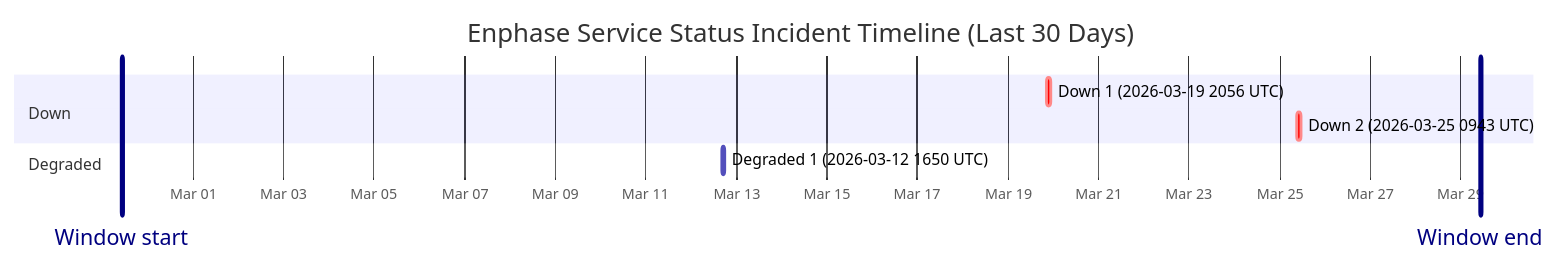
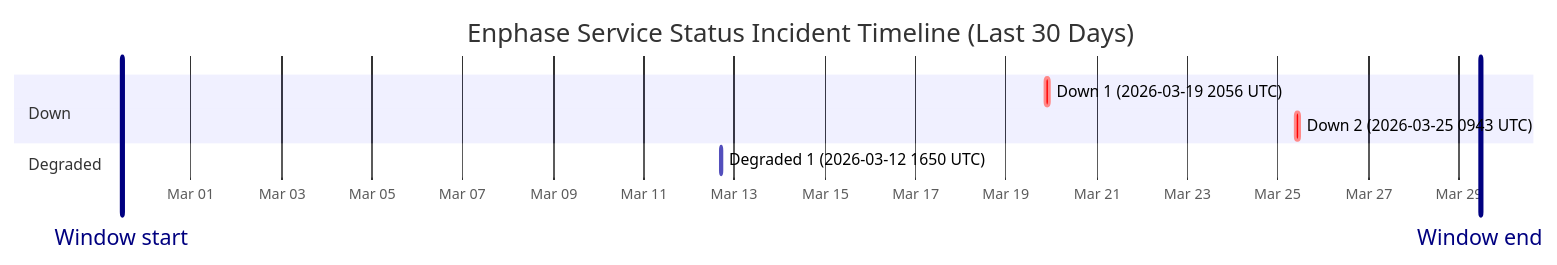
Before and after one commit to barneyonline/ha-enphase-ev-charger: the diagram in wiki/Service-Status-History.md, drawn with Mermaid. The commit also changed other lines of this file and 3 other files, not shown here.

````diff
--- a/wiki/Service-Status-History.md
+++ b/wiki/Service-Status-History.md
@@ -14,13 +14,13 @@
 ```mermaid
 gantt
     title Enphase Service Status Incident Timeline (Last 30 Days)
     dateFormat  YYYY-MM-DDTHH:mm:ss
     axisFormat  %b %d
-    Window start :vert, window-start, 2026-02-27T10:23:08, 0ms
-    Window end :vert, window-end, 2026-03-29T10:23:08, 0ms
+    Window start :vert, window-start, 2026-02-27T11:20:56, 0ms
+    Window end :vert, window-end, 2026-03-29T11:20:56, 0ms
     section Down
     Down 1 (2026-03-19 2056 UTC) :crit, down-1, 2026-03-19T20:56:20, 145m
     Down 2 (2026-03-25 0943 UTC) :crit, down-2, 2026-03-25T09:43:28, 111m
     section Degraded
     Degraded 1 (2026-03-12 1650 UTC) :active, degraded-1, 2026-03-12T16:50:43, 60m
 ```
````
